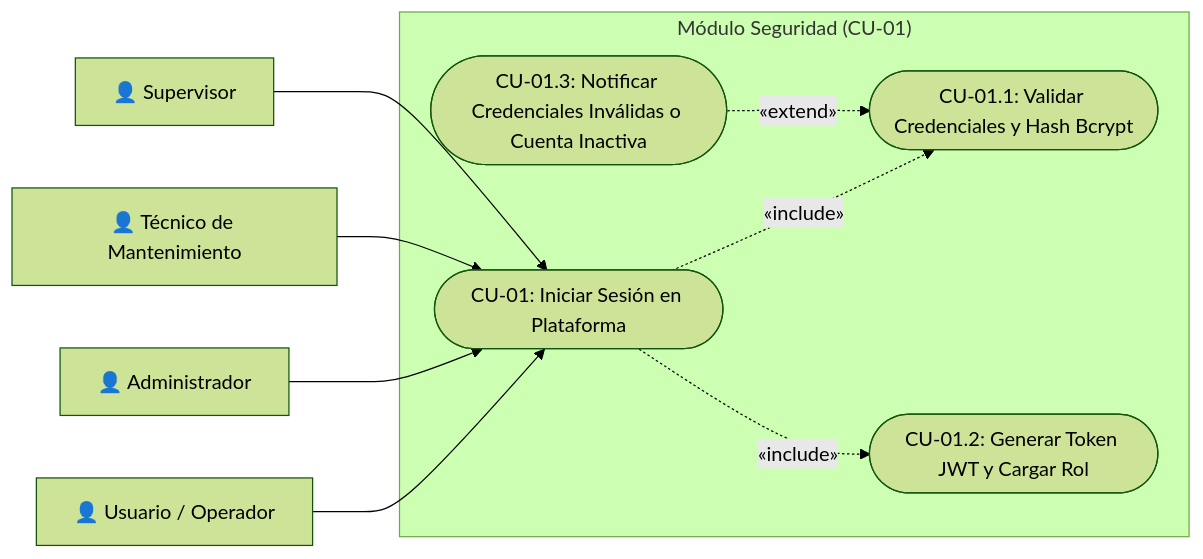
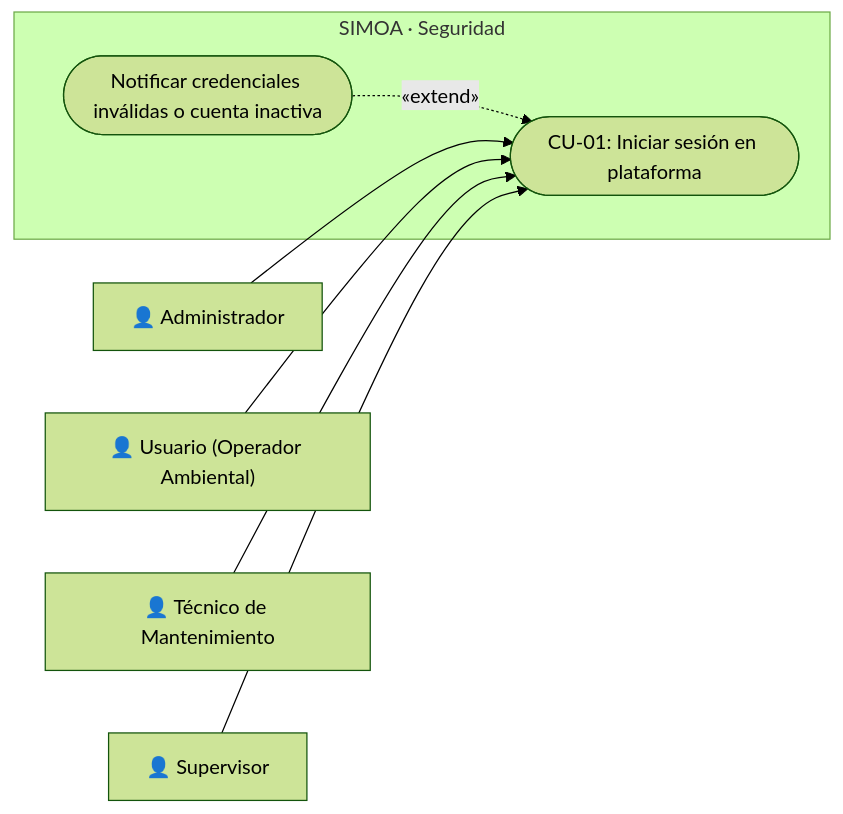
Before and after one commit to LuzElianaSanchezTovar666/Sistema_oit_de_monitoreo_ambiental: the second of 17 diagrams in docs/SRS_SIMOA.md, drawn with Mermaid (forest theme). The commit also changed other lines of this file, not shown here.

````diff
--- a/docs/SRS_SIMOA.md
+++ b/docs/SRS_SIMOA.md
@@ -294,23 +287,18 @@
 ```mermaid
 flowchart LR
-    Usuario["👤 Usuario / Operador"]
     Admin["👤 Administrador"]
+    Usuario["👤 Usuario (Operador Ambiental)"]
     Tecnico["👤 Técnico de Mantenimiento"]
     Supervisor["👤 Supervisor"]
 
-    subgraph "Módulo Seguridad (CU-01)"
-        CU01_Main(["CU-01: Iniciar Sesión en Plataforma"])
-        CU01_Val(["CU-01.1: Validar Credenciales y Hash Bcrypt"])
-        CU01_JWT(["CU-01.2: Generar Token JWT y Cargar Rol"])
-        CU01_Err(["CU-01.3: Notificar Credenciales Inválidas o Cuenta Inactiva"])
+    subgraph "SIMOA · Seguridad"
+        CU01(["CU-01: Iniciar sesión en plataforma"])
+        CU01_Err(["Notificar credenciales inválidas o cuenta inactiva"])
     end
 
-    Usuario --> CU01_Main
-    Admin --> CU01_Main
-    Tecnico --> CU01_Main
-    Supervisor --> CU01_Main
-
-    CU01_Main -.->|«include»| CU01_Val
-    CU01_Main -.->|«include»| CU01_JWT
-    CU01_Err -.->|«extend»| CU01_Val
+    Admin --> CU01
+    Usuario --> CU01
+    Tecnico --> CU01
+    Supervisor --> CU01
+    CU01_Err -.->|«extend»| CU01
 ```
````
